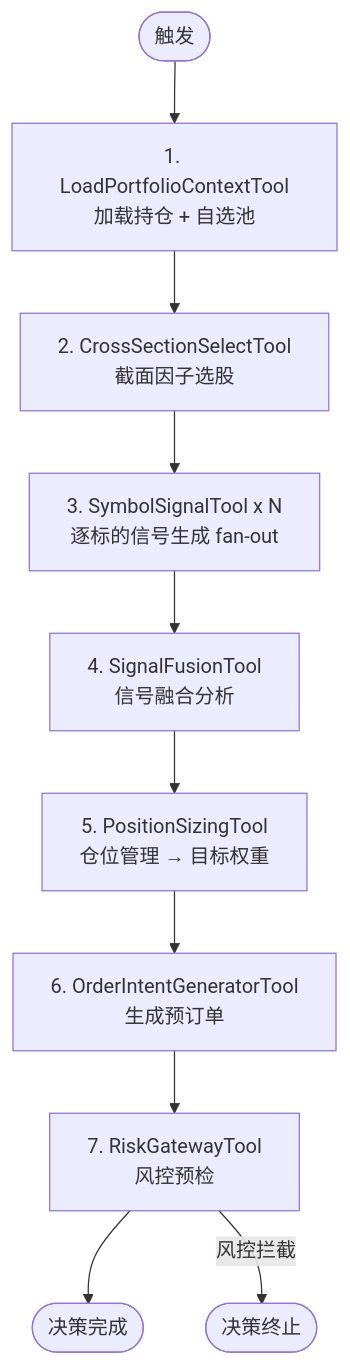
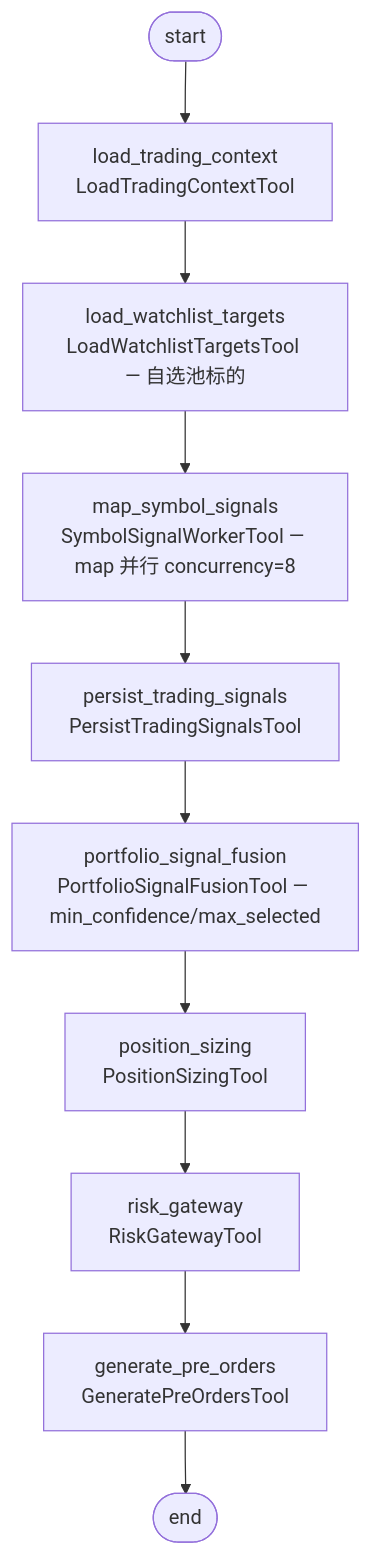
Before and after one commit to bitiany/xq-trader: the second of 8 diagrams in docs/trading-system-design.md, drawn with Mermaid. The commit also changed other lines of this file and 8 other files, not shown here.

````diff
--- a/docs/trading-system-design.md
+++ b/docs/trading-system-design.md
@@ -101,15 +82,12 @@
 ```mermaid
 flowchart TD
-    Start([触发]) --> S1
-    S1[1. LoadPortfolioContextTool<br/>加载持仓 + 自选池]
-    S2[2. CrossSectionSelectTool<br/>截面因子选股]
-    S3[3. SymbolSignalTool x N<br/>逐标的信号生成 fan-out]
-    S4[4. SignalFusionTool<br/>信号融合分析]
-    S5[5. PositionSizingTool<br/>仓位管理 → 目标权重]
-    S6[6. OrderIntentGeneratorTool<br/>生成预订单]
-    S7[7. RiskGatewayTool<br/>风控预检]
-    EndOK([决策完成])
-
-    S1 --> S2 --> S3 --> S4 --> S5 --> S6 --> S7 --> EndOK
-    S7 -->|风控拦截| EndReject([决策终止])
+    Start([start]) --> S1[load_trading_context<br/>LoadTradingContextTool]
+    S1 --> S2[load_watchlist_targets<br/>LoadWatchlistTargetsTool — 自选池标的]
+    S2 --> S3[map_symbol_signals<br/>SymbolSignalWorkerTool — map 并行 concurrency=8]
+    S3 --> S4[persist_trading_signals<br/>PersistTradingSignalsTool]
+    S4 --> S5[portfolio_signal_fusion<br/>PortfolioSignalFusionTool — min_confidence/max_selected]
+    S5 --> S6[position_sizing<br/>PositionSizingTool]
+    S6 --> S7[risk_gateway<br/>RiskGatewayTool]
+    S7 --> S8[generate_pre_orders<br/>GeneratePreOrdersTool]
+    S8 --> End([end])
 ```
````
